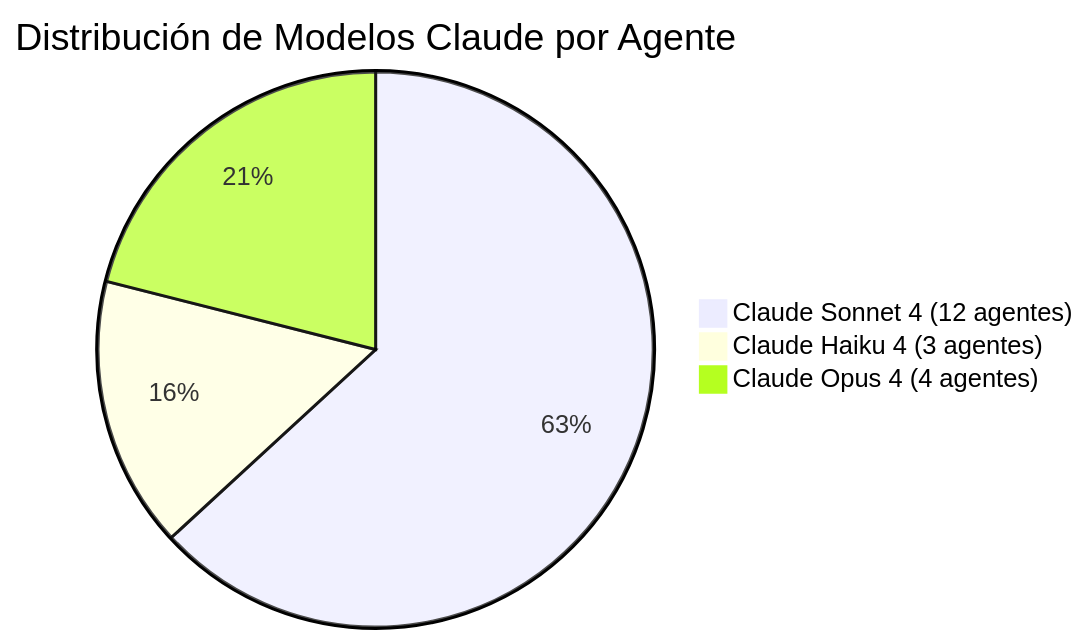
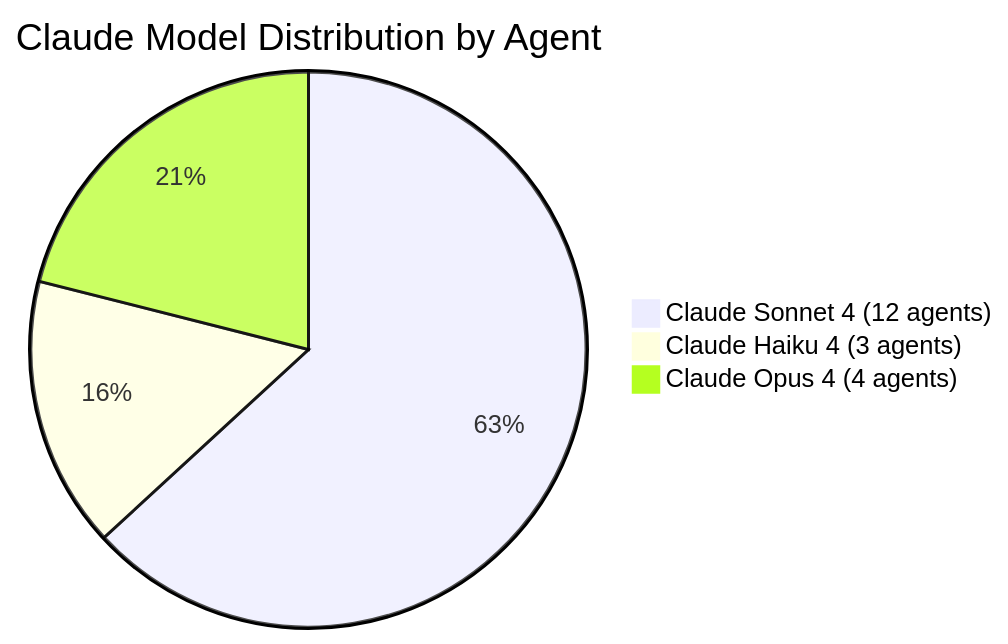
Before and after one commit to nissienterprise/nissi-openclaw-vps: the third of 3 diagrams in documentation/03-agents/README.md, drawn with Mermaid. The commit also changed other lines of this file and 46 other files, not shown here.

````diff
--- a/documentation/03-agents/README.md
+++ b/documentation/03-agents/README.md
@@ -181,6 +181,6 @@
 ```mermaid
-pie title Distribución de Modelos Claude por Agente
-    "Claude Sonnet 4 (12 agentes)" : 12
-    "Claude Haiku 4 (3 agentes)" : 3
-    "Claude Opus 4 (4 agentes)" : 4
+pie title Claude Model Distribution by Agent
+    "Claude Sonnet 4 (12 agents)" : 12
+    "Claude Haiku 4 (3 agents)" : 3
+    "Claude Opus 4 (4 agents)" : 4
 ```
````
